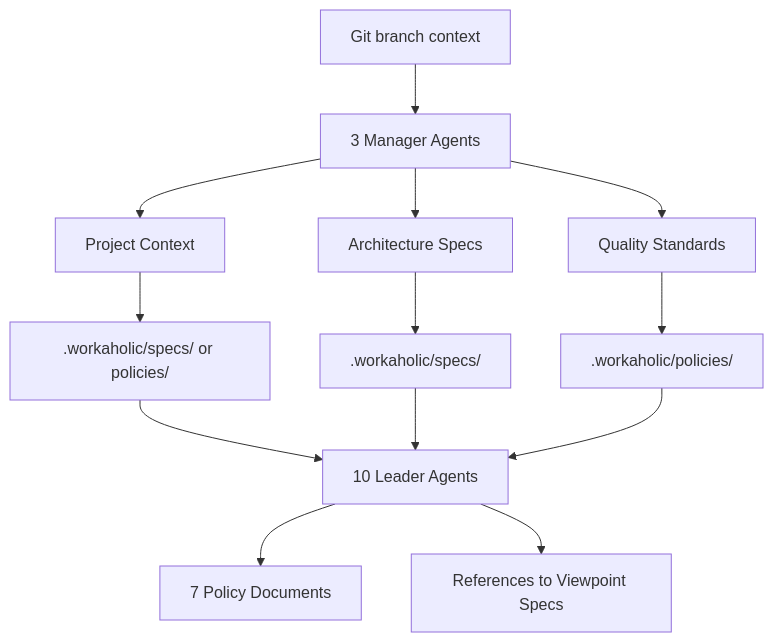
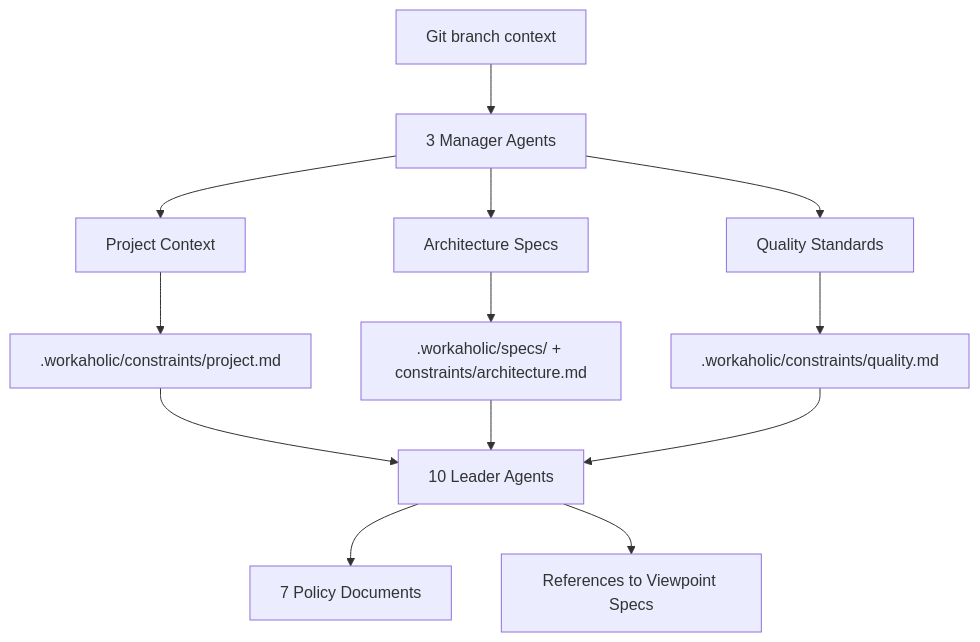
Before and after one commit to qmu/workaholic: the fifth of 9 diagrams in .workaholic/specs/application.md, drawn with Mermaid. The commit also changed other lines of this file and 29 other files, not shown here.

````diff
--- a/.workaholic/specs/application.md
+++ b/.workaholic/specs/application.md
@@ -248,18 +253,18 @@
 ```mermaid
 flowchart TD
     Context[Git branch context] --> Managers[3 Manager Agents]
     Managers --> PM[Project Context]
     Managers --> AM[Architecture Specs]
     Managers --> QM[Quality Standards]
 
-    PM --> Specs1[.workaholic/specs/ or policies/]
-    AM --> Specs2[.workaholic/specs/]
-    QM --> Specs3[.workaholic/policies/]
+    PM --> Specs1[.workaholic/constraints/project.md]
+    AM --> Specs2[.workaholic/specs/ + constraints/architecture.md]
+    QM --> Specs3[.workaholic/constraints/quality.md]
 
     Specs1 --> Leaders[10 Leader Agents]
     Specs2 --> Leaders
     Specs3 --> Leaders
 
     Leaders --> Policies[7 Policy Documents]
     Leaders --> ViewpointRef[References to Viewpoint Specs]
 ```
````
